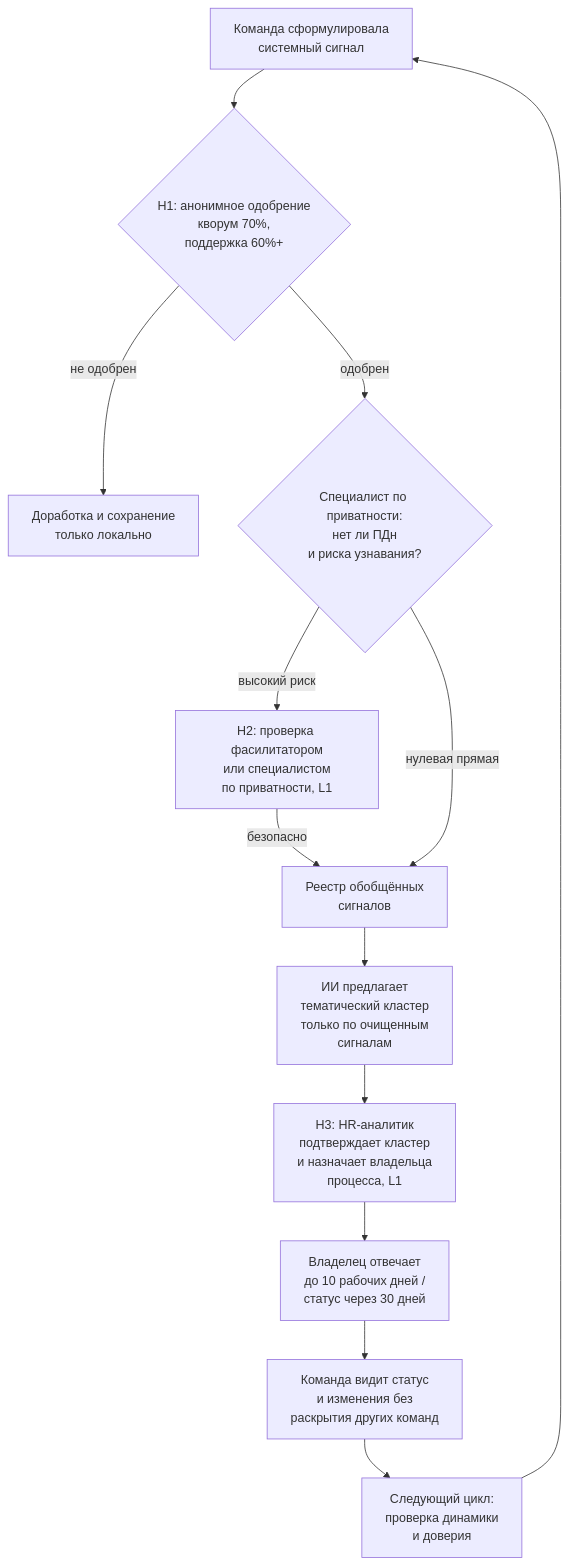
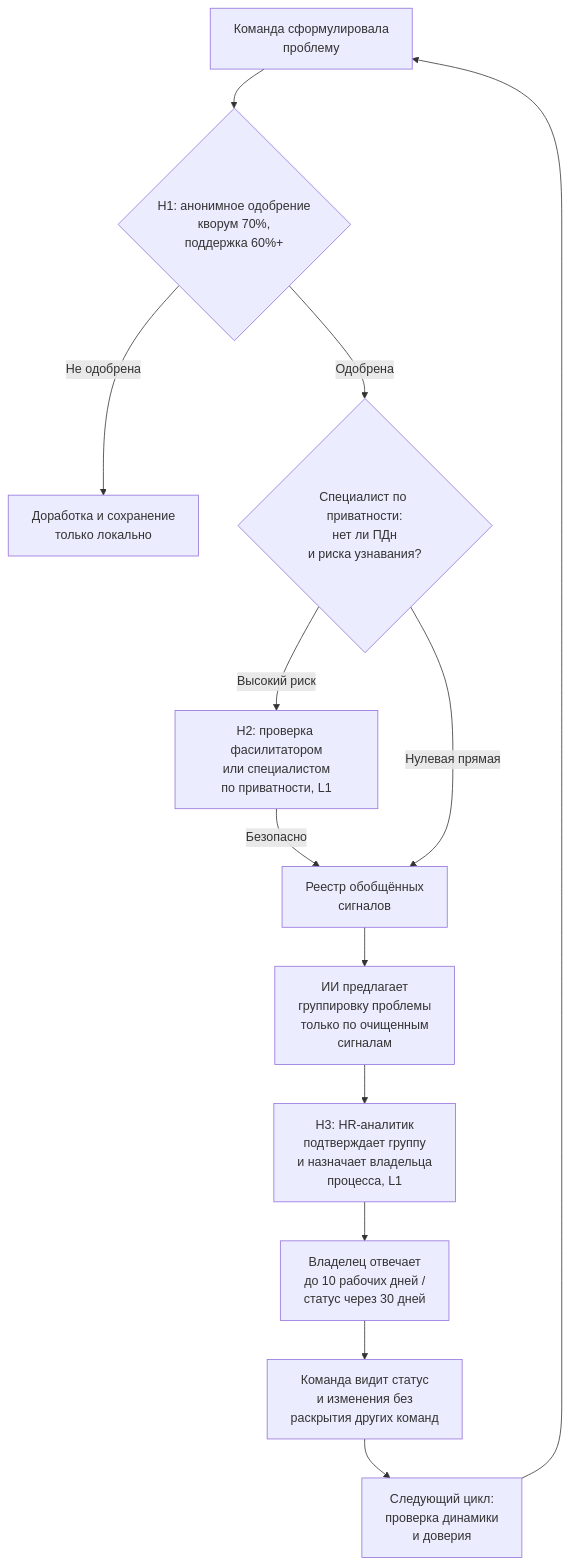
One commit to CarabasBarabas/team-other-03 changed the second of 3 diagrams in docs/03_tobe_architecture.md. Above: the diagram before and after it, drawn with Mermaid. The commit also changed other lines of this file, not shown here.

````diff
--- a/docs/03_tobe_architecture.md
+++ b/docs/03_tobe_architecture.md
@@ -41,15 +41,15 @@
 ```mermaid
 flowchart TD
-    A["Команда сформулировала<br/>системный сигнал"] --> B{"H1: анонимное одобрение<br/>кворум 70%,<br/>поддержка 60%+"}
-    B -->|"не одобрен"| B1["Доработка и сохранение<br/>только локально"]
-    B -->|"одобрен"| C{"Специалист по приватности:<br/>нет ли ПДн<br/>и риска узнавания?"}
-    C -->|"высокий риск"| D["H2: проверка фасилитатором<br/>или специалистом<br/>по приватности, L1"]
-    D -->|"безопасно"| E["Реестр обобщённых<br/>сигналов"]
-    C -->|"нулевая прямая"| E
-    E --> F["ИИ предлагает<br/>тематический кластер<br/>только по очищенным<br/>сигналам"]
-    F --> G["H3: HR-аналитик<br/>подтверждает кластер<br/>и назначает владельца<br/>процесса, L1"]
+    A["Команда сформулировала<br/>проблему"] --> B{"H1: анонимное одобрение<br/>кворум 70%,<br/>поддержка 60%+"}
+    B -->|"Не одобрена"| B1["Доработка и сохранение<br/>только локально"]
+    B -->|"Одобрена"| C{"Специалист по приватности:<br/>нет ли ПДн<br/>и риска узнавания?"}
+    C -->|"Высокий риск"| D["H2: проверка фасилитатором<br/>или специалистом<br/>по приватности, L1"]
+    D -->|"Безопасно"| E["Реестр обобщённых<br/>сигналов"]
+    C -->|"Нулевая прямая"| E
+    E --> F["ИИ предлагает<br/>группировку проблемы<br/>только по очищенным<br/>сигналам"]
+    F --> G["H3: HR-аналитик<br/>подтверждает группу<br/>и назначает владельца<br/>процесса, L1"]
     G --> H["Владелец отвечает<br/>до 10 рабочих дней /<br/>статус через 30 дней"]
     H --> I["Команда видит статус<br/>и изменения без<br/>раскрытия других команд"]
     I --> J["Следующий цикл:<br/>проверка динамики<br/>и доверия"]
     J --> A
 ```
````
